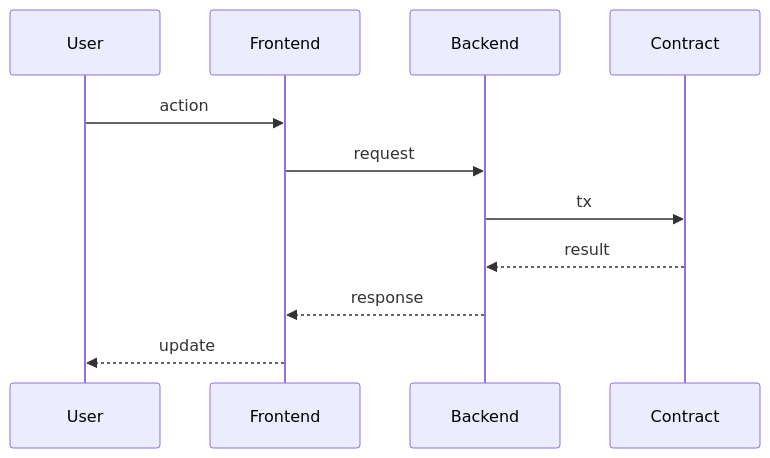
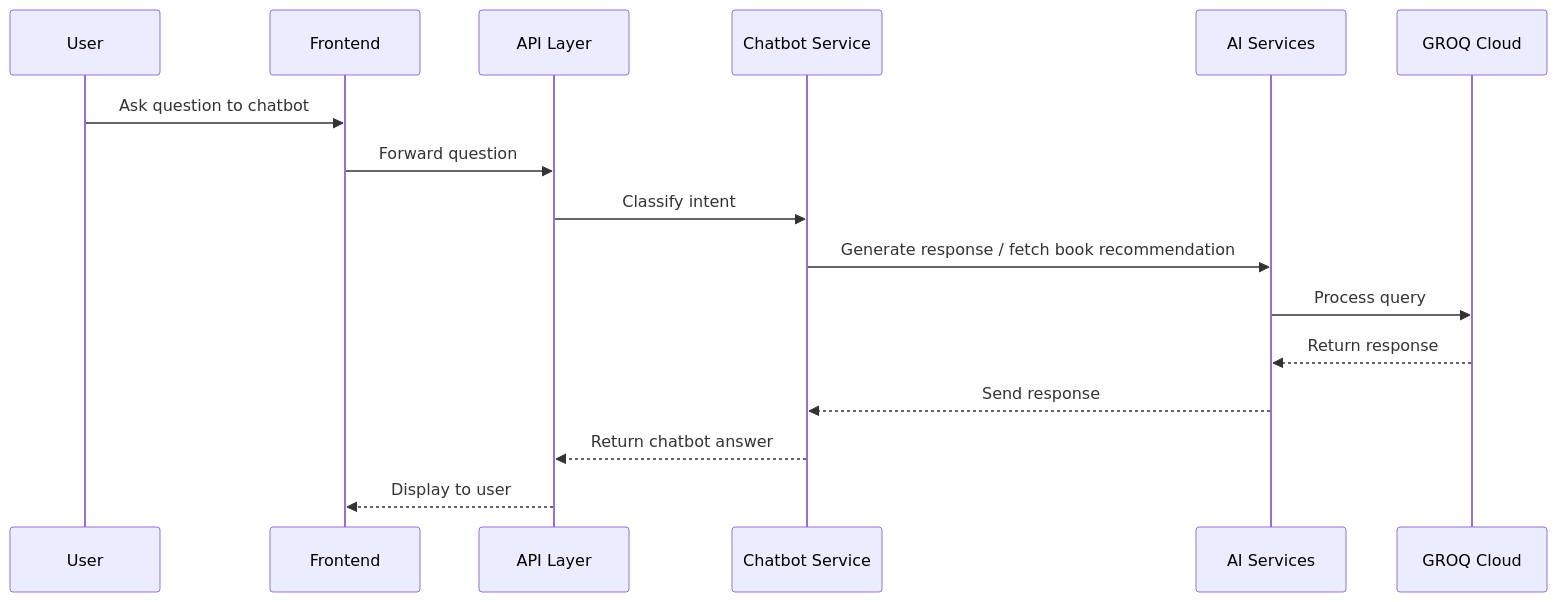
Before and after one commit to Heeral03/SquadBNB: the fourth of 5 diagrams in docs/TECHNICAL.md, drawn with Mermaid. The commit also changed other lines of this file, not shown here.

````diff
--- a/docs/TECHNICAL.md
+++ b/docs/TECHNICAL.md
@@ -37,13 +134,19 @@
 ```mermaid
 sequenceDiagram
     participant U as User
-    participant F as Frontend
-    participant B as Backend
-    participant C as Contract
-    U->>F: action
-    F->>B: request
-    B->>C: tx
-    C-->>B: result
-    B-->>F: response
-    F-->>U: update
+    participant UI as Frontend
+    participant API as API Layer
+    participant Chat as Chatbot Service
+    participant AI as AI Services
+    participant LLM as GROQ Cloud
+
+    U->>UI: Ask question to chatbot
+    UI->>API: Forward question
+    API->>Chat: Classify intent
+    Chat->>AI: Generate response / fetch book recommendation
+    AI->>LLM: Process query
+    LLM-->>AI: Return response
+    AI-->>Chat: Send response
+    Chat-->>API: Return chatbot answer
+    API-->>UI: Display to user
 ```
````
